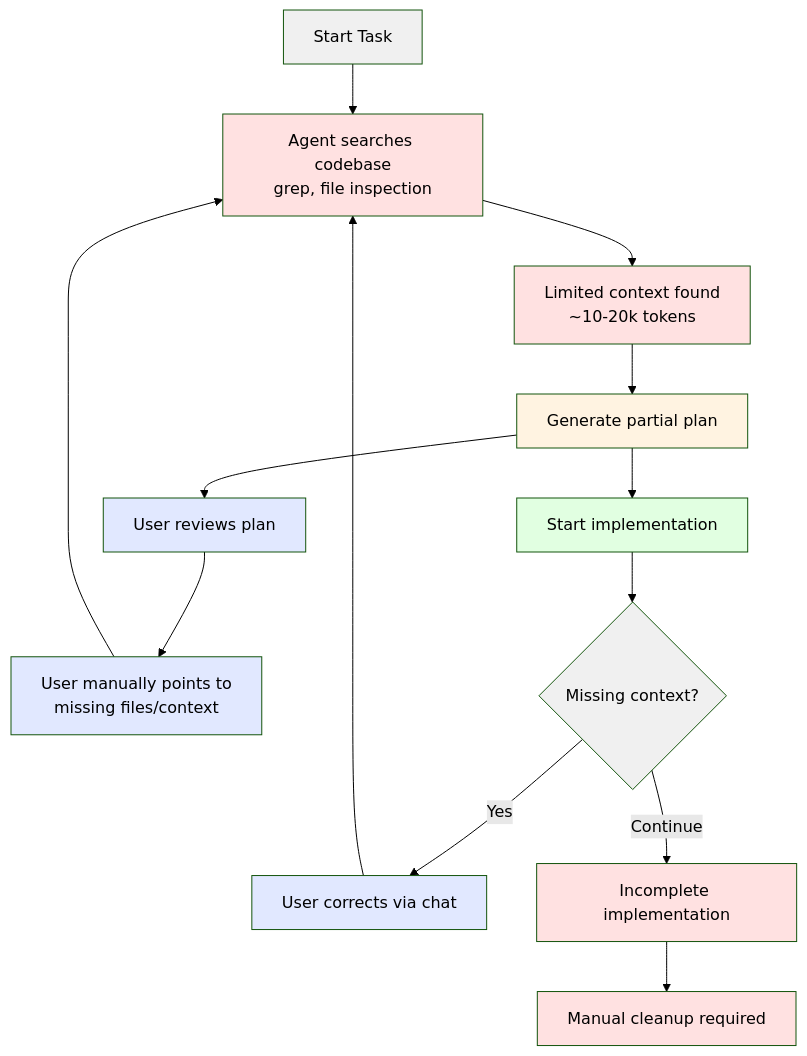
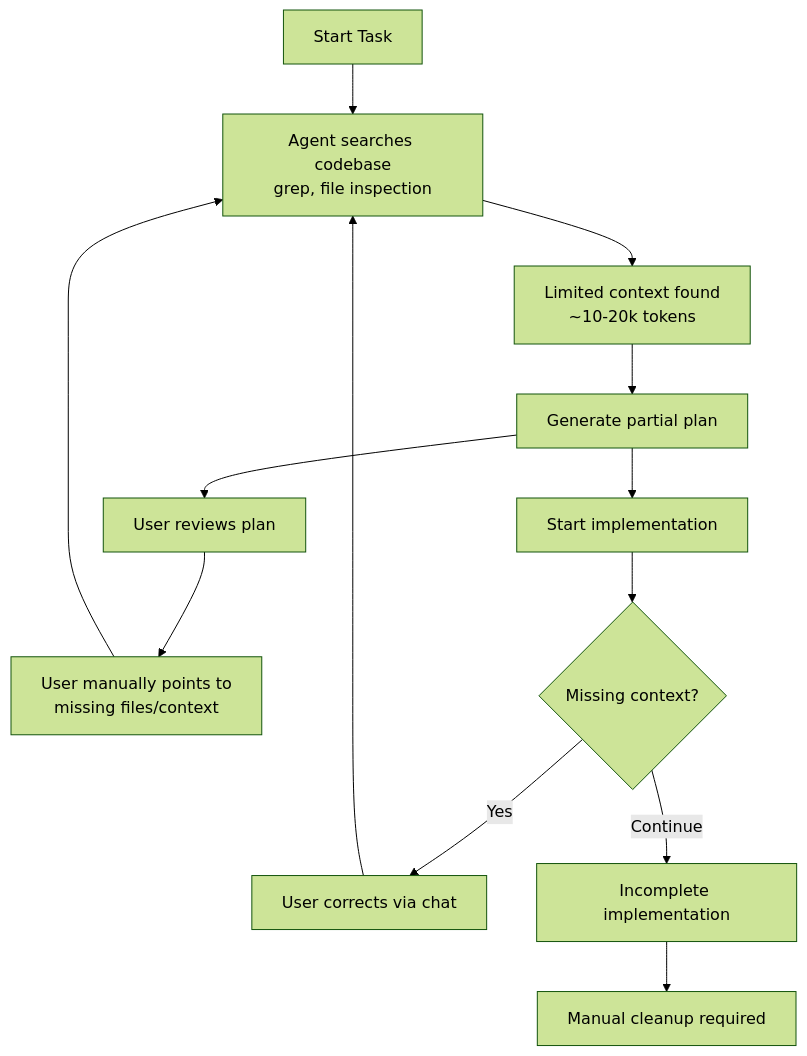
Before and after one commit to grovetools/cx: the first of 2 diagrams in docs/01-overview.md, drawn with Mermaid (forest theme). The commit also changed other lines of this file and 3 other files, not shown here.

````diff
--- a/docs/01-overview.md
+++ b/docs/01-overview.md
@@ -12,27 +10,20 @@
 ```mermaid
 graph TD
     A["Start Task"] --> B["Agent searches codebase<br/>grep, file inspection"]
     B --> C["Limited context found<br/>~10-20k tokens"]
     C --> D["Generate partial plan"]
     D --> U1["User reviews plan"]
     U1 --> U2["User manually points to<br/>missing files/context"]
     U2 --> B
     D --> E["Start implementation"]
     E --> F{"Missing context?"}
     F -->|"Yes"| U3["User corrects via chat"]
     U3 --> B
     F -->|"Continue"| G["Incomplete implementation"]
     G --> H["Manual cleanup required"]
 
-    style A fill:#f0f0f0
-    style B fill:#ffe1e1
-    style C fill:#ffe1e1
-    style D fill:#fff3e1
-    style U1 fill:#e1e8ff
-    style U2 fill:#e1e8ff
-    style U3 fill:#e1e8ff
-    style E fill:#e1ffe1
-    style F fill:#f0f0f0
-    style G fill:#ffe1e1
-    style H fill:#ffe1e1
+    class B,C,G,H errorNode
+    class D warningNode
+    class U1,U2,U3 blueNode
+    class E greenNode
 ```
````
